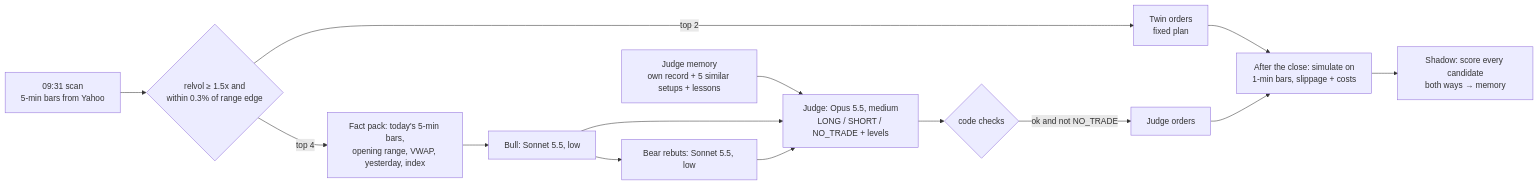
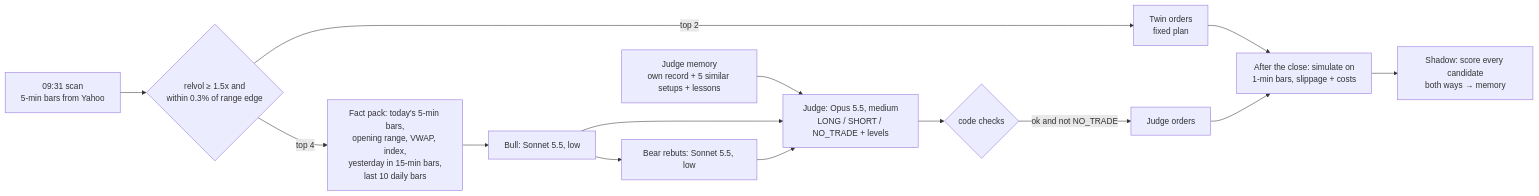
Before and after one commit to raghavendar002/StoxSonar: the fifth of 6 diagrams in docs/HOW-IT-ALL-WORKS.md, drawn with Mermaid. The commit also changed other lines of this file, not shown here.

First line of the commit message:
Guide: sync 23 Nov updates (wide pool live, richer intraday fact pack)

````diff
--- a/docs/HOW-IT-ALL-WORKS.md
+++ b/docs/HOW-IT-ALL-WORKS.md
@@ -564,14 +566,14 @@
 ```mermaid
 flowchart LR
     A[09:31 scan<br/>5-min bars from Yahoo] --> B{relvol ≥ 1.5x and<br/>within 0.3% of range edge}
     B -->|top 2| T[Twin orders<br/>fixed plan]
-    B -->|top 4| P[Fact pack: today's 5-min bars,<br/>opening range, VWAP, yesterday, index]
+    B -->|top 4| P[Fact pack: today's 5-min bars,<br/>opening range, VWAP, index,<br/>yesterday in 15-min bars,<br/>last 10 daily bars]
     P --> BU[Bull: Sonnet 5.5, low]
     BU --> BR[Bear rebuts: Sonnet 5.5, low]
     MEM[Judge memory<br/>own record + 5 similar setups + lessons] --> J
     BU & BR --> J[Judge: Opus 5.5, medium<br/>LONG / SHORT / NO_TRADE + levels]
     J --> CK{code checks}
     CK -->|ok and not NO_TRADE| JO[Judge orders]
     T & JO --> S[After the close: simulate on<br/>1-min bars, slippage + costs]
     S --> SH[Shadow: score every candidate<br/>both ways → memory]
 ```
````
